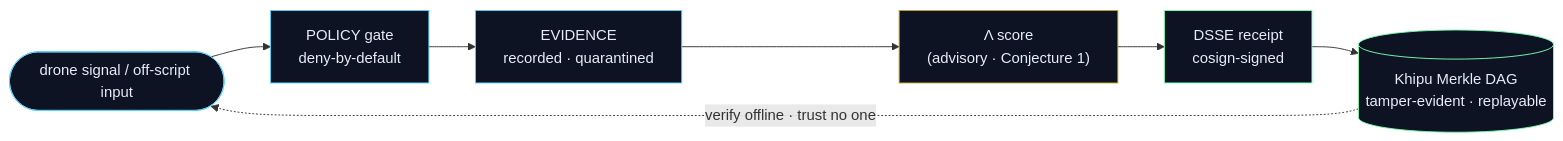
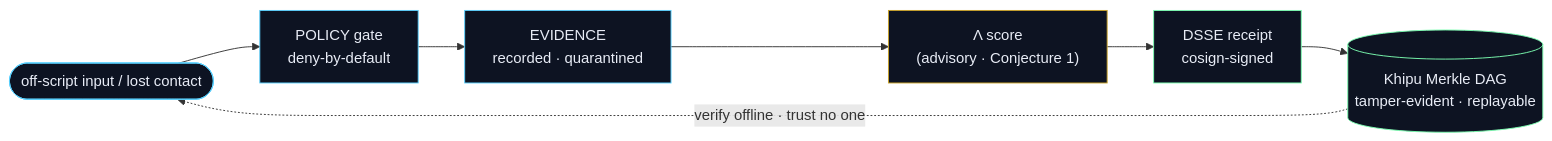
The diagram in README.md (stephenlutar2-hash/stephenlutar2-hash), drawn with Mermaid before and after one commit. The commit also changed other lines of this file, not shown here.

````diff
--- a/README.md
+++ b/README.md
@@ -57,13 +66,13 @@
 ```mermaid
 flowchart LR
-  SIG([drone signal / off-script input]) --> POLICY[POLICY gate<br/>deny-by-default]
+  SIG([off-script input / lost contact]) --> POLICY[POLICY gate<br/>deny-by-default]
   POLICY --> EVID[EVIDENCE<br/>recorded · quarantined]
   EVID --> LAMBDA["Λ score<br/>(advisory · Conjecture 1)"]
   LAMBDA --> RCPT[DSSE receipt<br/>cosign-signed]
   RCPT --> DAG[(Khipu Merkle DAG<br/>tamper-evident · replayable)]
   DAG -. "verify offline · trust no one" .-> SIG
   classDef g fill:#0d1322,stroke:#5ad1ff,color:#e8ecf6;
   classDef gold fill:#0d1322,stroke:#c9a227,color:#e8ecf6;
   classDef green fill:#0d1322,stroke:#7CFFB2,color:#e8ecf6;
   class SIG,POLICY,EVID g; class LAMBDA gold; class RCPT,DAG green;
 ```
````
